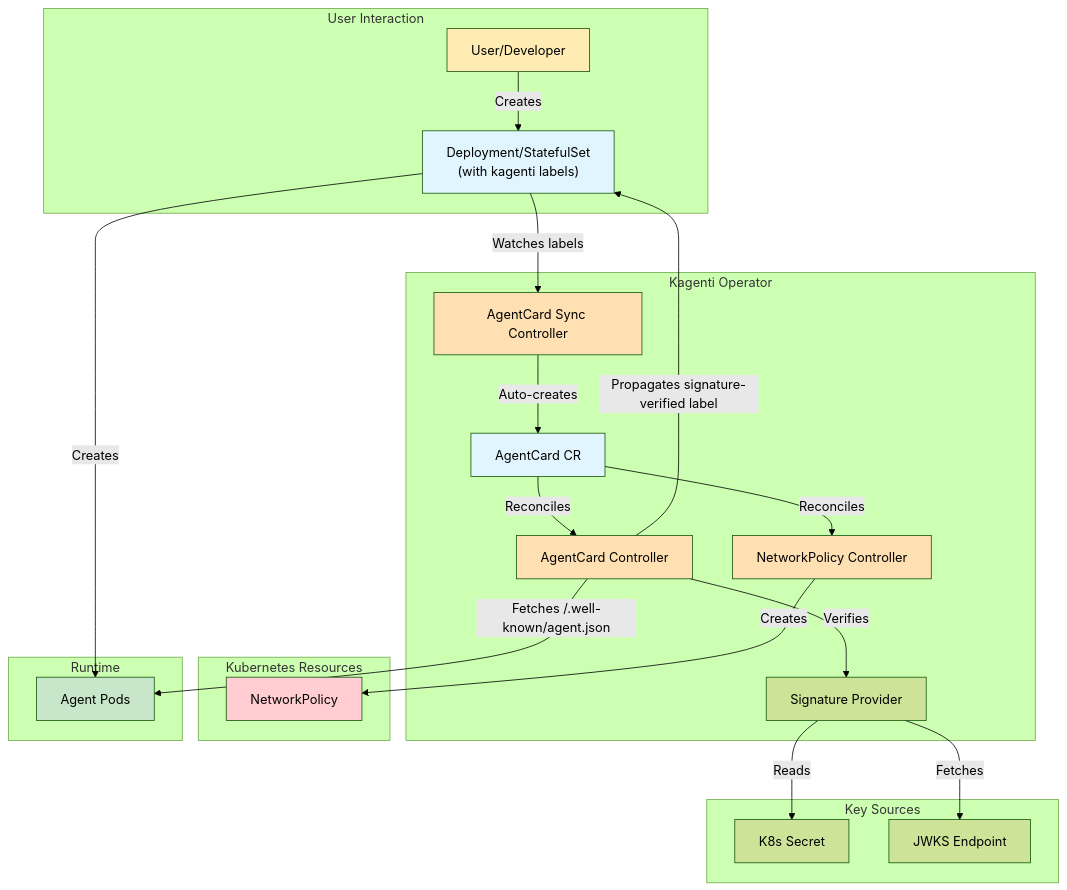
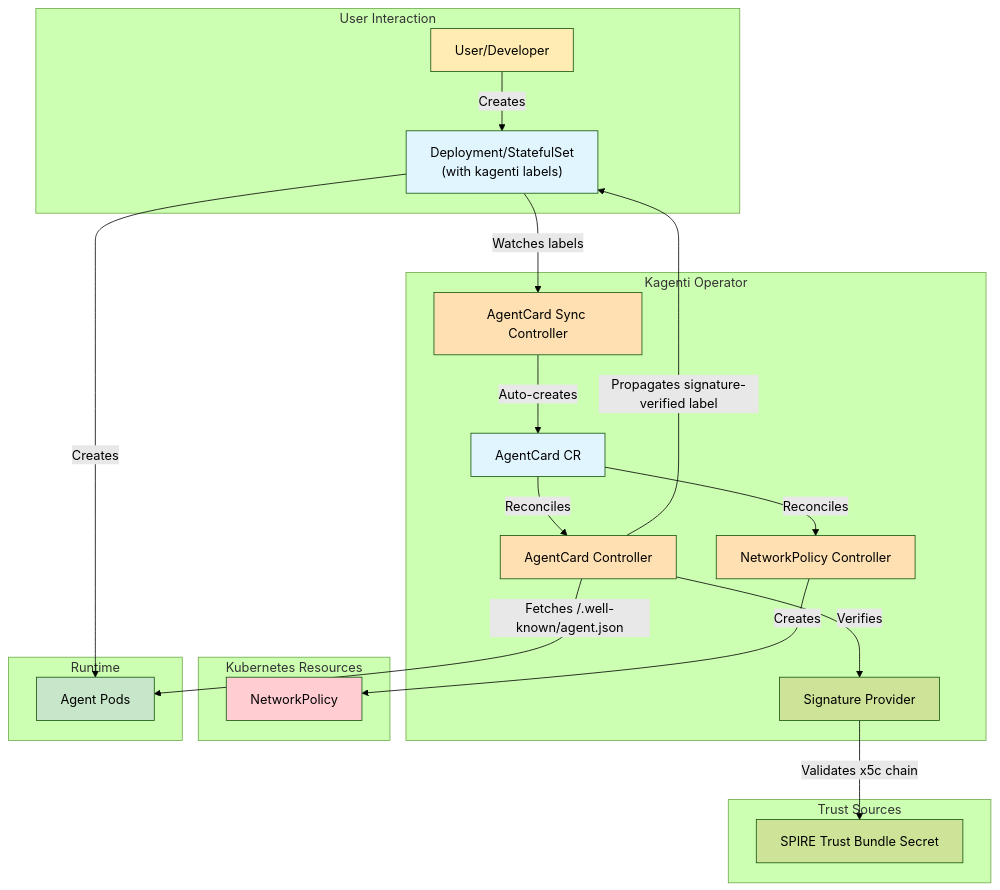
One commit to DeanKelly751/kagenti-operator changed the diagram in kagenti-operator/docs/architecture.md. Above: the diagram before and after it, drawn with Mermaid (forest theme). The commit also changed other lines of this file and 5 other files, not shown here.

First line of the commit message:
Update documentation for SPIRE x5c signing and trust-domain binding

````diff
--- a/kagenti-operator/docs/architecture.md
+++ b/kagenti-operator/docs/architecture.md
@@ -104,50 +102,48 @@
 ```mermaid
 graph TB
     subgraph "User Interaction"
         User[User/Developer]
         User -->|Creates| Workload["Deployment/StatefulSet\n(with kagenti labels)"]
     end
 
     subgraph "Kagenti Operator"
         AgentCardSync[AgentCard Sync Controller]
         AgentCardController[AgentCard Controller]
         NetworkPolicyCtrl[NetworkPolicy Controller]
         SigProvider[Signature Provider]
 
         Workload -->|Watches labels| AgentCardSync
         AgentCardSync -->|Auto-creates| AgentCardCR[AgentCard CR]
 
         AgentCardCR -->|Reconciles| AgentCardController
         AgentCardController -->|Verifies| SigProvider
         AgentCardCR -->|Reconciles| NetworkPolicyCtrl
     end
 
     subgraph "Kubernetes Resources"
         NetPol[NetworkPolicy]
 
         NetworkPolicyCtrl -->|Creates| NetPol
     end
 
     subgraph "Runtime"
         Pod[Agent Pods]
         Workload -->|Creates| Pod
         AgentCardController -->|"Fetches /.well-known/agent.json"| Pod
         AgentCardController -->|"Propagates signature-verified label"| Workload
     end
 
-    subgraph "Key Sources"
-        Secret[K8s Secret]
-        JWKS[JWKS Endpoint]
-        SigProvider -->|Reads| Secret
-        SigProvider -->|Fetches| JWKS
+    subgraph "Trust Sources"
+        TrustBundle[SPIRE Trust Bundle Secret]
+        SigProvider -->|Validates x5c chain| TrustBundle
     end
 
     style User fill:#ffecb3
     style Workload fill:#e1f5fe
     style AgentCardCR fill:#e1f5fe
     style AgentCardSync fill:#ffe0b2
     style AgentCardController fill:#ffe0b2
     style NetworkPolicyCtrl fill:#ffe0b2
     style Pod fill:#c8e6c9
     style NetPol fill:#ffcdd2
 ```
````
